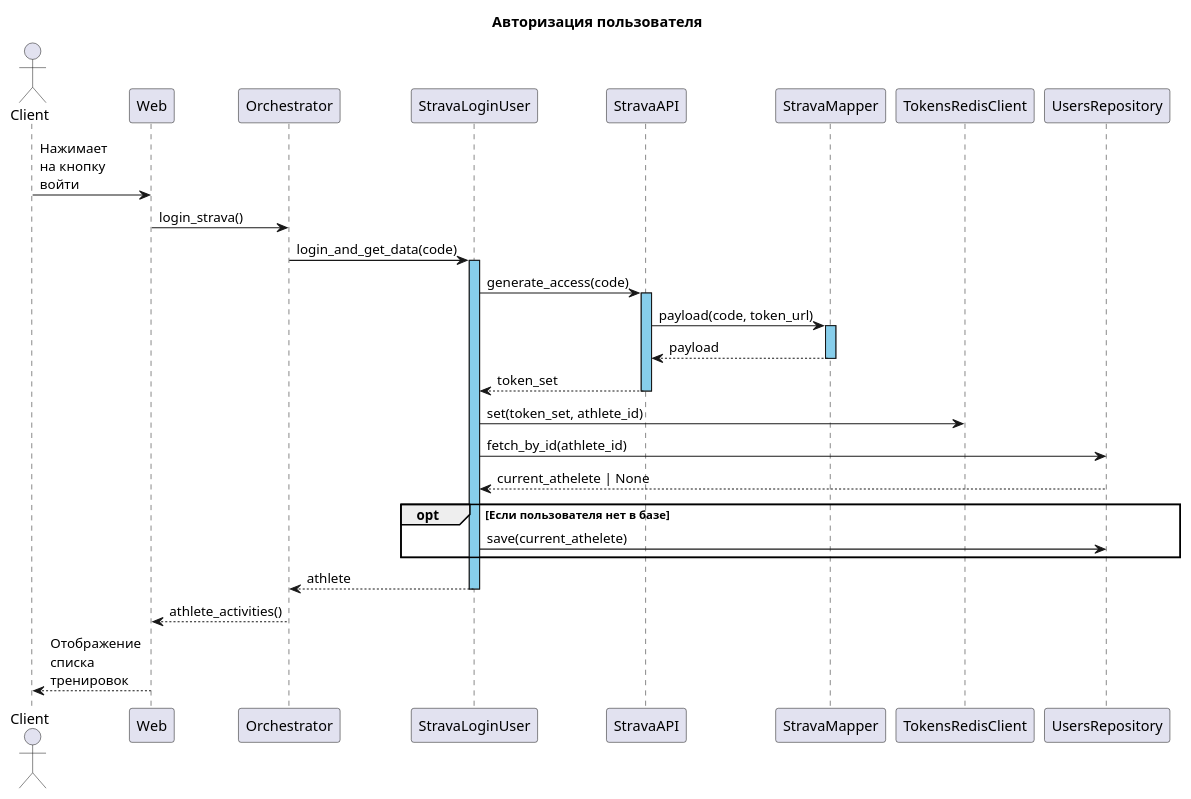
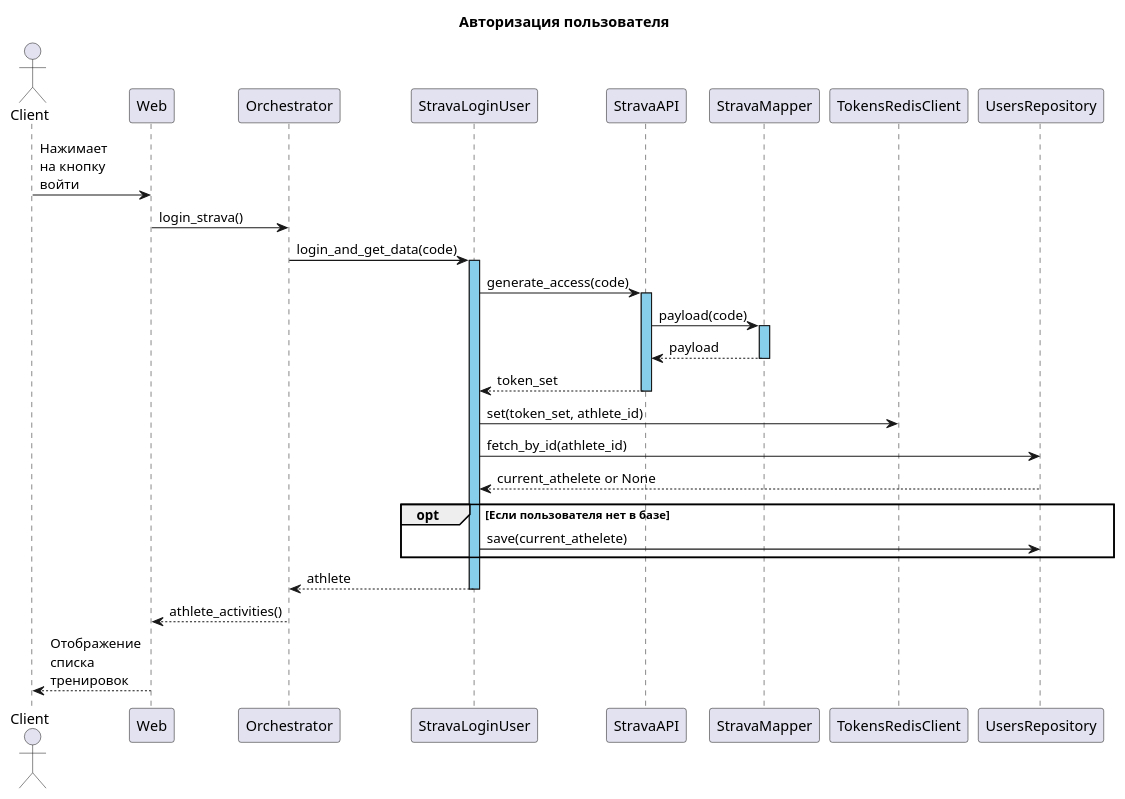
The diagram in diagrams/sequence_login.puml (VadimBarinov/strava-activity-ui), drawn with PlantUML before and after one commit.

Commit message:
refac login sequence

```diff
--- a/diagrams/sequence_login.puml
+++ b/diagrams/sequence_login.puml
@@ -1,35 +1,35 @@
 @startuml
 
 title Авторизация пользователя
 
 actor Client
 participant Web
 participant Orchestrator
 participant StravaLoginUser
 participant StravaAPI
 participant StravaMapper
 participant TokensRedisClient
 participant UsersRepository
 
 Client -> Web : Нажимает \nна кнопку \nвойти
 Web -> Orchestrator : login_strava()
 
 Orchestrator -> StravaLoginUser ++ #SkyBlue : login_and_get_data(code)
 StravaLoginUser -> StravaAPI ++ #SkyBlue : generate_access(code)
-StravaAPI -> StravaMapper ++ #SkyBlue : payload(code, token_url)
+StravaAPI -> StravaMapper ++ #SkyBlue : payload(code)
 StravaAPI <-- StravaMapper -- : payload
 StravaLoginUser <-- StravaAPI -- : token_set
 
 StravaLoginUser -> TokensRedisClient : set(token_set, athlete_id)
 StravaLoginUser -> UsersRepository : fetch_by_id(athlete_id)
-StravaLoginUser <-- UsersRepository : current_athelete | None
+StravaLoginUser <-- UsersRepository : current_athelete or None
 
 opt Если пользователя нет в базе
     StravaLoginUser -> UsersRepository : save(current_athelete)
 end
 
 Orchestrator <-- StravaLoginUser -- : athlete 
 Web <-- Orchestrator : athlete_activities()
 Client <-- Web : Отображение \nсписка \nтренировок
 
 @enduml
```
